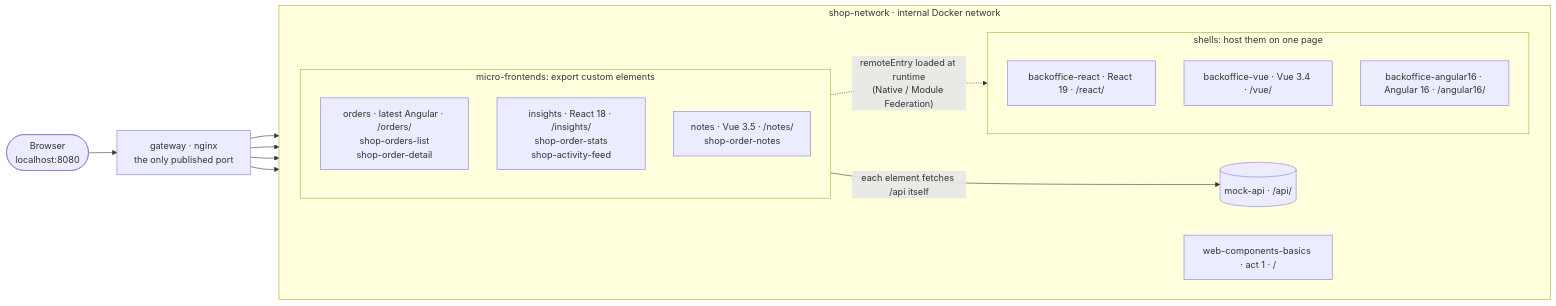
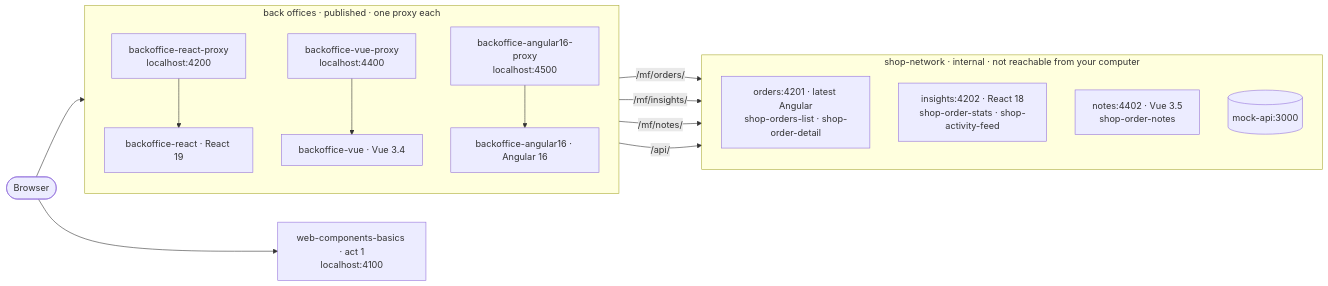
The first of 2 diagrams in README.md (IliasEfth/Web-Components), drawn with Mermaid before and after one commit. The commit also changed other lines of this file, not shown here.

Commit message:
docs(readme): diagrams and ports for one proxy per shell

````diff
--- a/README.md
+++ b/README.md
@@ -62,27 +65,27 @@
 ```mermaid
 flowchart LR
-  browser([Browser<br/>localhost:8080]) --> gateway[gateway · nginx<br/>the only published port]
+  browser([Browser])
+  basics[web-components-basics · act 1<br/>localhost:4100]
 
-  subgraph net[shop-network · internal Docker network]
-    direction LR
-    subgraph remotes[micro-frontends: export custom elements]
-      orders[orders · latest Angular · /orders/<br/>shop-orders-list<br/>shop-order-detail]
-      insights[insights · React 18 · /insights/<br/>shop-order-stats<br/>shop-activity-feed]
-      notes[notes · Vue 3.5 · /notes/<br/>shop-order-notes]
-    end
-    subgraph shells[shells: host them on one page]
-      react[backoffice-react · React 19 · /react/]
-      vue[backoffice-vue · Vue 3.4 · /vue/]
-      ng16[backoffice-angular16 · Angular 16 · /angular16/]
-    end
-    api[(mock-api · /api/)]
-    basics[web-components-basics · act 1 · /]
+  subgraph sites[back offices · published · one proxy each]
+    direction TB
+    rp[backoffice-react-proxy<br/>localhost:4200] --> react[backoffice-react · React 19]
+    vp[backoffice-vue-proxy<br/>localhost:4400] --> vue[backoffice-vue · Vue 3.4]
+    ap[backoffice-angular16-proxy<br/>localhost:4500] --> ng16[backoffice-angular16 · Angular 16]
   end
 
-  gateway --> shells
-  gateway --> remotes
-  gateway --> api
-  gateway --> basics
-  remotes -. "remoteEntry loaded at runtime<br/>(Native / Module Federation)" .-> shells
-  remotes -- "each element fetches /api itself" --> api
+  subgraph net[shop-network · internal · not reachable from your computer]
+    direction TB
+    orders[orders:4201 · latest Angular<br/>shop-orders-list · shop-order-detail]
+    insights[insights:4202 · React 18<br/>shop-order-stats · shop-activity-feed]
+    notes[notes:4402 · Vue 3.5<br/>shop-order-notes]
+    api[(mock-api:3000)]
+  end
+
+  browser --> basics
+  browser --> sites
+  sites -- "/mf/orders/" --> orders
+  sites -- "/mf/insights/" --> insights
+  sites -- "/mf/notes/" --> notes
+  sites -- "/api/" --> api
 ```
````
